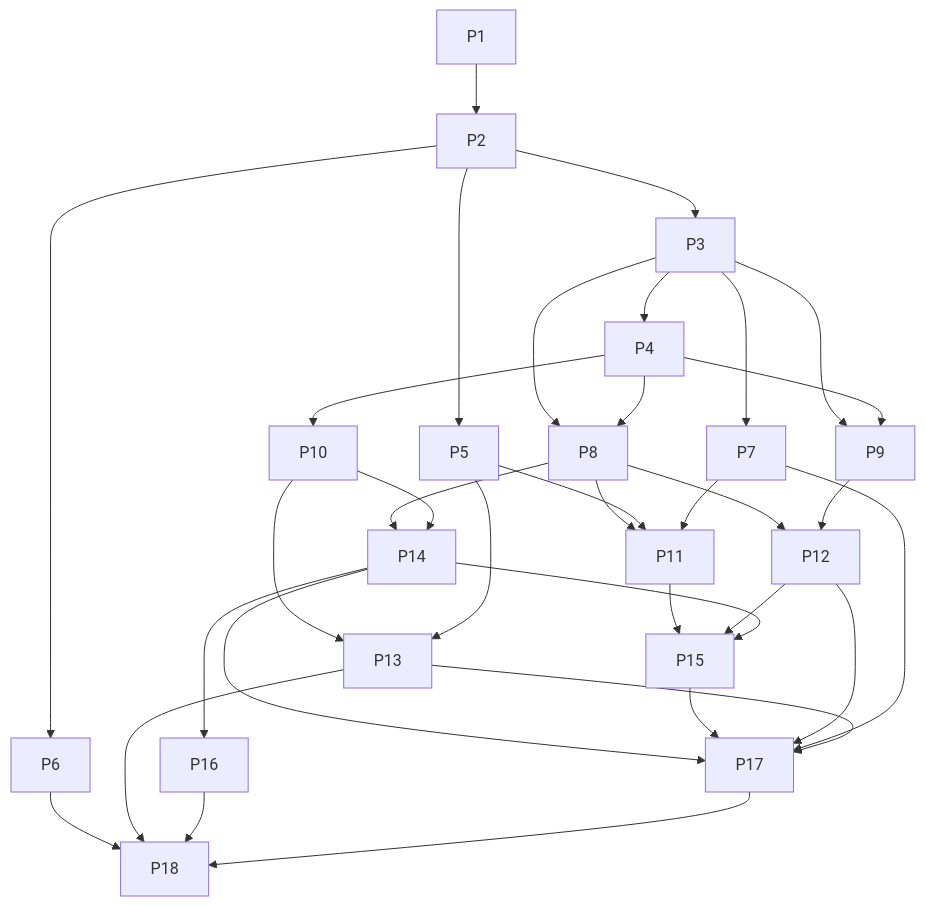
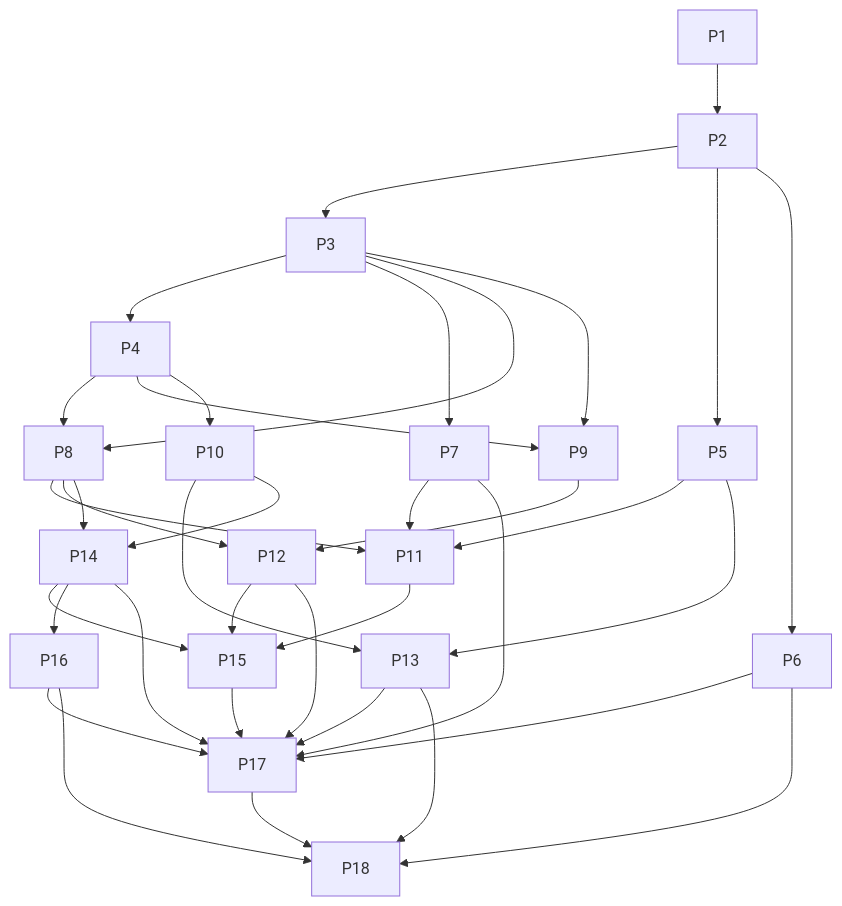
Before and after one commit to teamupstart/mission-control: the diagram in docs/plans/headless-mode-implementation/phased-plan.md, drawn with Mermaid. The commit also changed other lines of this file and 4 other files, not shown here.

````diff
--- a/docs/plans/headless-mode-implementation/phased-plan.md
+++ b/docs/plans/headless-mode-implementation/phased-plan.md
@@ -94,36 +95,38 @@
 ```mermaid
 flowchart TD
   P1 --> P2
   P2 --> P3
   P3 --> P4
   P2 --> P5
   P2 --> P6
   P3 --> P7
   P3 --> P8
   P4 --> P8
   P3 --> P9
   P4 --> P9
   P4 --> P10
   P8 --> P11
   P5 --> P11
   P7 --> P11
   P8 --> P12
   P9 --> P12
   P10 --> P13
   P5 --> P13
   P8 --> P14
   P10 --> P14
   P11 --> P15
   P12 --> P15
   P14 --> P15
   P14 --> P16
   P14 --> P17
   P15 --> P17
   P12 --> P17
   P7 --> P17
   P13 --> P17
+  P6 --> P17
+  P16 --> P17
   P6 --> P18
   P13 --> P18
   P16 --> P18
   P17 --> P18
 ```
````
